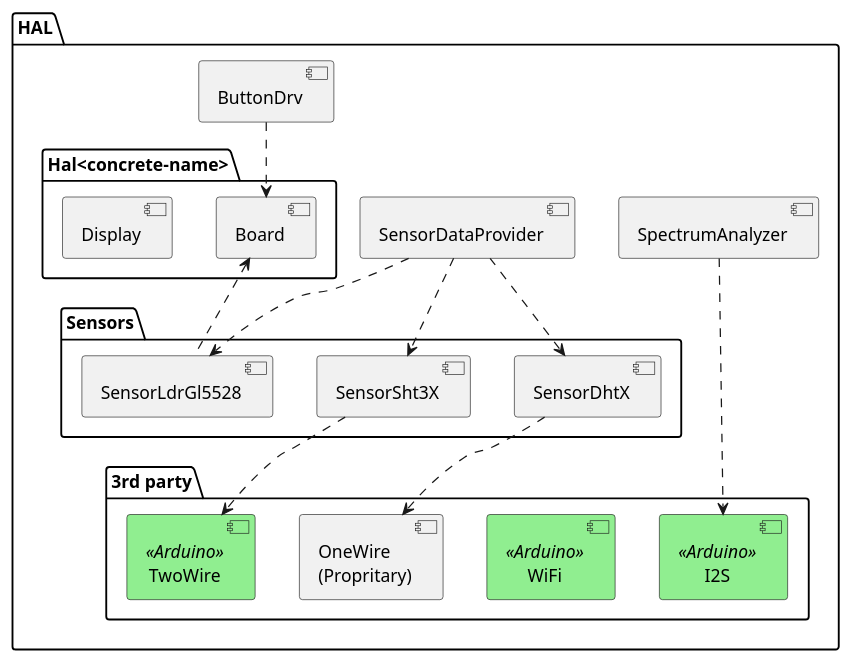
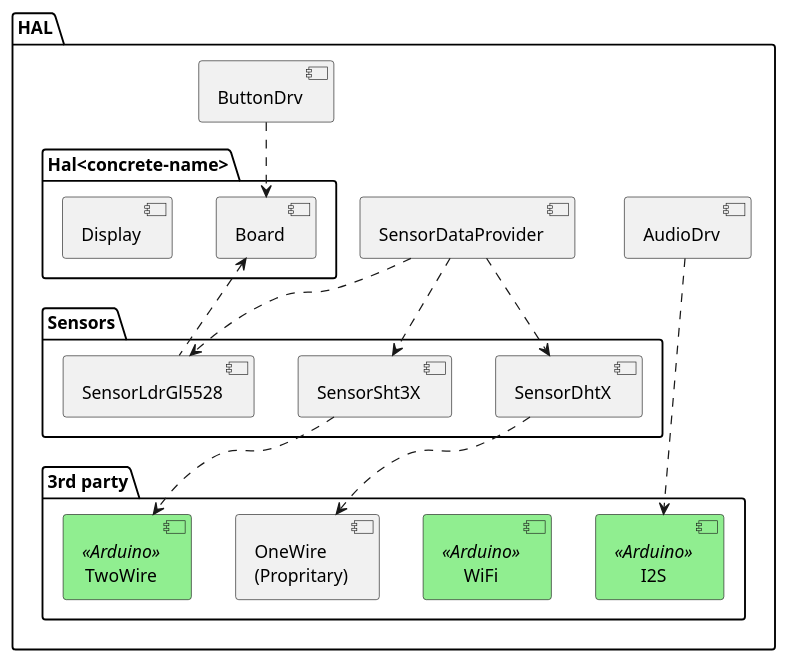
One commit to BlueAndi/Pixelix changed the diagram in doc/architecture/uml/hal_layer.wsd. Above: the diagram before and after it, drawn with PlantUML. The commit also changed 17 other files, not shown here.

```diff
--- a/doc/architecture/uml/hal_layer.wsd
+++ b/doc/architecture/uml/hal_layer.wsd
@@ -1,44 +1,44 @@
 @startuml
 
 skinparam component {
     BackgroundColor<<Arduino>> Lightgreen
     BackgroundColor<<Future>> White
 }
 
 package "HAL" {
 
-    component "SpectrumAnalyzer" as spectrumAnalyzer
+    component "AudioDrv" as audioDrv
     component "SensorDataProvider" as sensorDataProvider
     component "ButtonDrv" as buttonDrv
 
     package "Hal<concrete-name>" {
         component "Display" as display
         component "Board" as board
     }
 
     package "3rd party" as hal3rdParty {
 
         component "TwoWire" <<Arduino>> as twoWire
         component "WiFi" <<Arduino>> as wifi
         component "OneWire\n(Propritary)" as oneWire
         component "I2S" <<Arduino>> as i2s
     }
 
     package Sensors {
         component "SensorDhtX" as sensorDhtX
         component "SensorLdrGl5528" as sensorLdrGl5528
         component "SensorSht3X" as sensorSht3X
     }
 
-    spectrumAnalyzer ...> i2s
+    audioDrv ...> i2s
     sensorDataProvider ..> sensorSht3X
     sensorDataProvider ..> sensorDhtX
     sensorDataProvider ..> sensorLdrGl5528
     buttonDrv ..> board
 
     sensorSht3X ..> twoWire
     sensorDhtX ..> oneWire
     sensorLdrGl5528 .u.> board
 }
 
 @enduml
```
